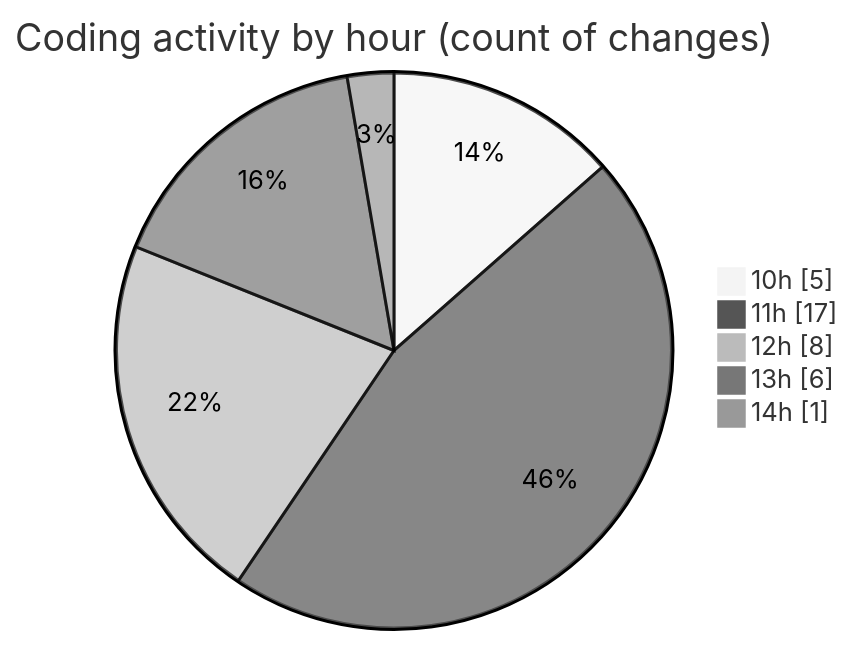
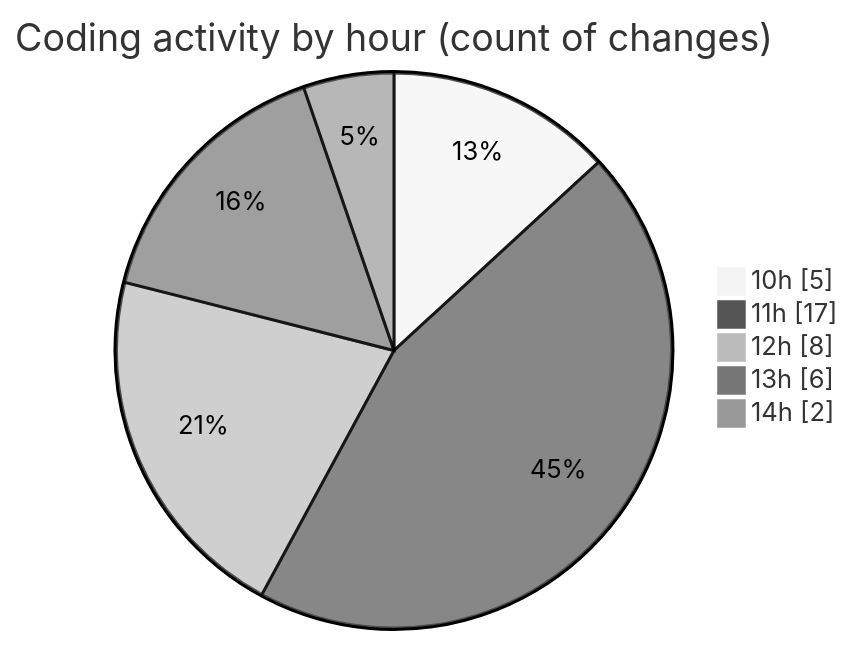
One commit to CELIANVF/code-tracking changed the second of 2 diagrams in 2025-05-05/ecodeli/README.md. Above: the diagram before and after it, drawn with Mermaid (neutral theme). The commit also changed other lines of this file and 1 other file, not shown here.

````diff
--- a/2025-05-05/ecodeli/README.md
+++ b/2025-05-05/ecodeli/README.md
@@ -50,9 +50,9 @@
 ```mermaid
 pie showData
 title Coding activity by hour (count of changes)
 "10h" : 5
 "11h" : 17
 "12h" : 8
 "13h" : 6
-"14h" : 1
+"14h" : 2
 ```
````
